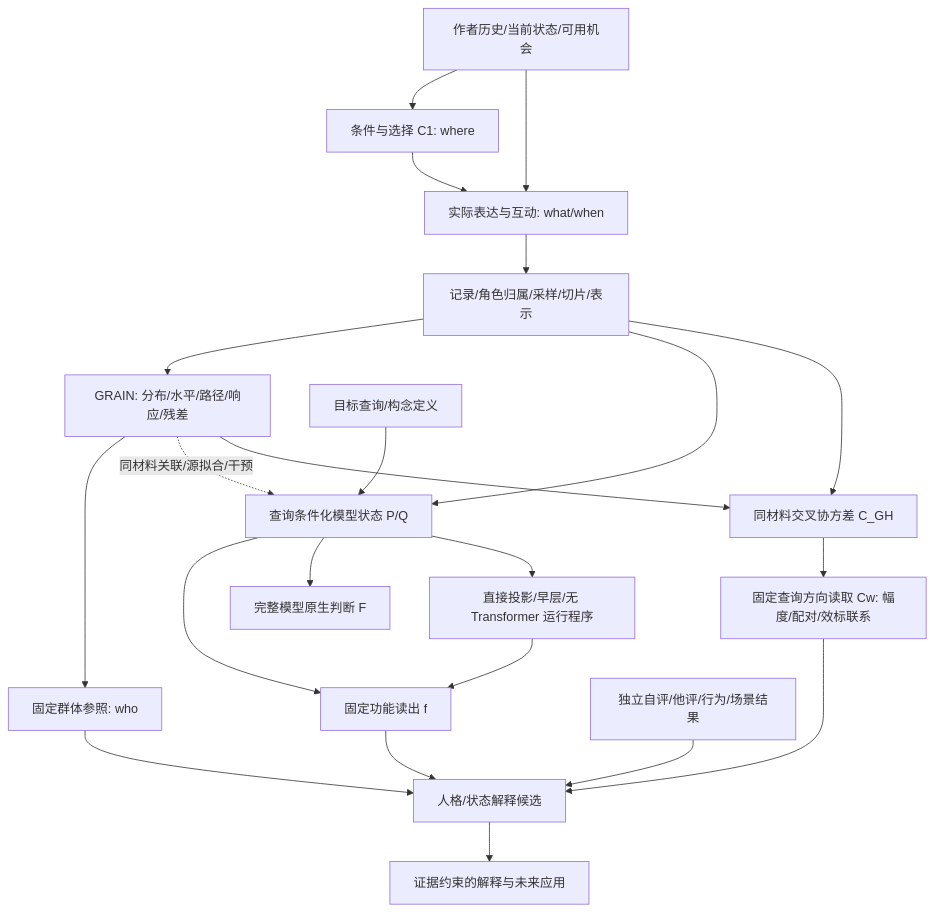
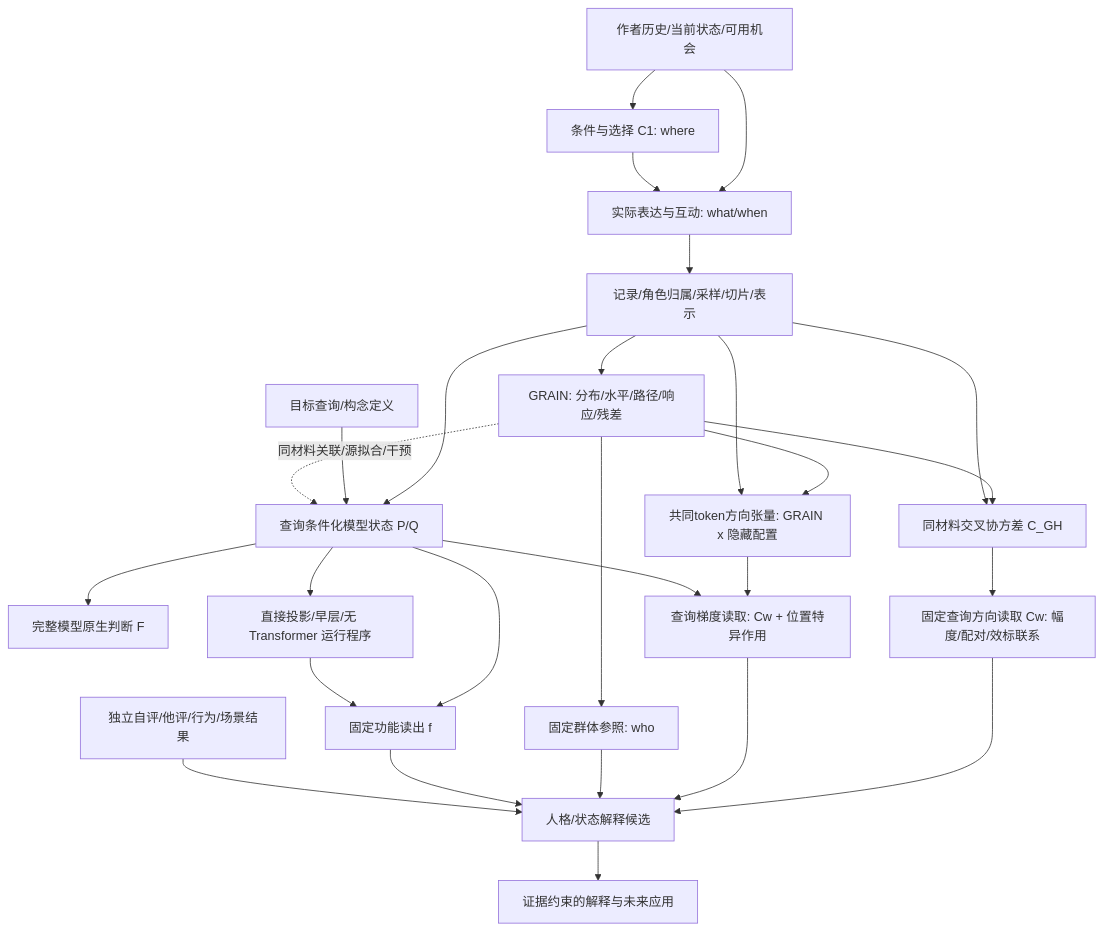
Before and after one commit to reiserhhh/GRAIN: the first of 2 diagrams in docs/GRAIN_SYSTEM_LOGIC_ATLAS_V1.md, drawn with Mermaid. The commit also changed other lines of this file and 16 other files, not shown here.

````diff
--- a/docs/GRAIN_SYSTEM_LOGIC_ATLAS_V1.md
+++ b/docs/GRAIN_SYSTEM_LOGIC_ATLAS_V1.md
@@ -22,24 +22,29 @@
 ```mermaid
 flowchart TD
   U[作者历史/当前状态/可用机会] --> C[条件与选择 C1: where]
   U --> T[实际表达与互动: what/when]
   C --> T
   T --> O[记录/角色归属/采样/切片/表示]
   O --> G[GRAIN: 分布/水平/路径/响应/残差]
   G --> N[固定群体参照: who]
   O --> H[查询条件化模型状态 P/Q]
   Q[目标查询/构念定义] --> H
   H --> F[固定功能读出 f]
   H --> M[完整模型原生判断 F]
   G -. 同材料关联/源拟合/干预 .-> H
   G --> J[同材料交叉协方差 C_GH]
   O --> J
   J --> W[固定查询方向读取 Cw: 幅度/配对/效标联系]
   W --> I
+  G --> D[共同token方向张量: GRAIN x 隐藏配置]
+  O --> D
+  D --> S[查询梯度读取: Cw + 位置特异作用]
+  H --> S
+  S --> I
   H --> R[直接投影/早层/无 Transformer 运行程序]
   R --> F
   N --> I[人格/状态解释候选]
   F --> I
   Y[独立自评/他评/行为/场景结果] --> I
   I --> A[证据约束的解释与未来应用]
 ```
````
